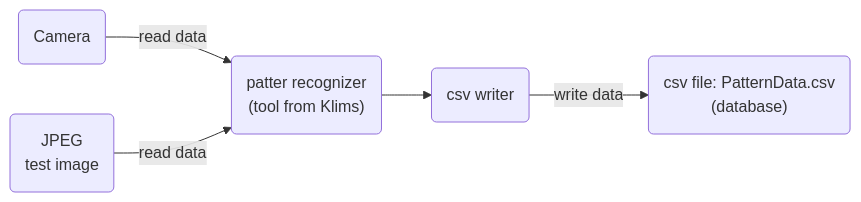
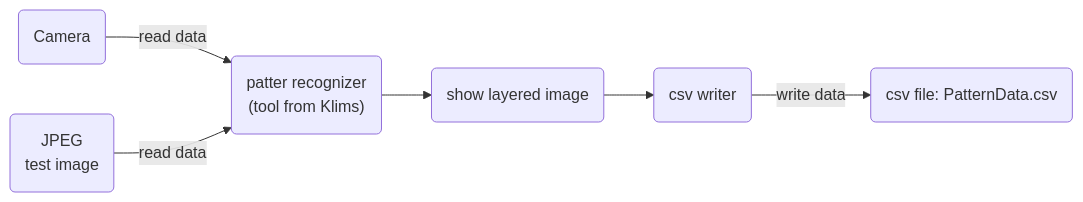
One commit to pepetoni246/pattern_reconizer changed the first of 2 diagrams in README.md. Above: the diagram before and after it, drawn with Mermaid. The commit also changed other lines of this file, not shown here.

````diff
--- a/README.md
+++ b/README.md
@@ -5,9 +14,8 @@
 ```mermaid
 flowchart LR
     A("`Camera`") --> |read data| B("`patter recognizer
-    (tool from Klims)`") --> C("`csv writer`") --> |write data| D("`csv file: PatternData.csv
-    (database)`")
+    (tool from Klims)`") --> F("`show layered image`") --> C("`csv writer`") --> |write data| D("`csv file: PatternData.csv`")
     E("`JPEG 
     test image`")
     E --> |read data| B
 ```
````
